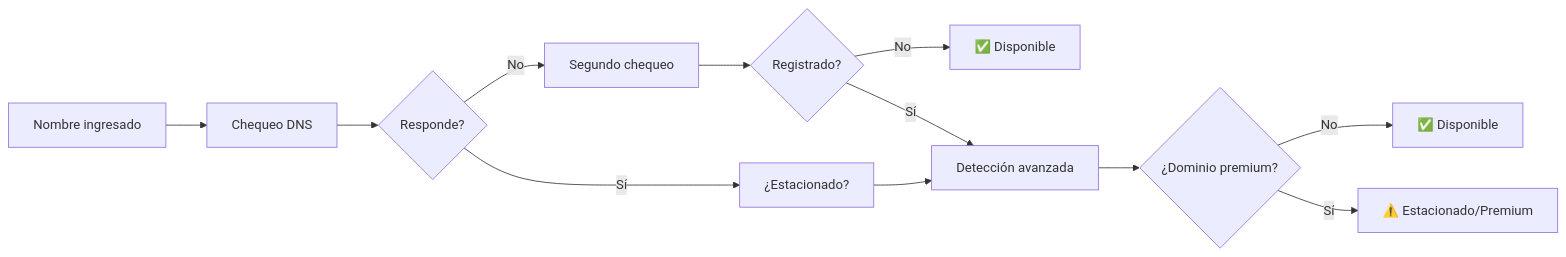
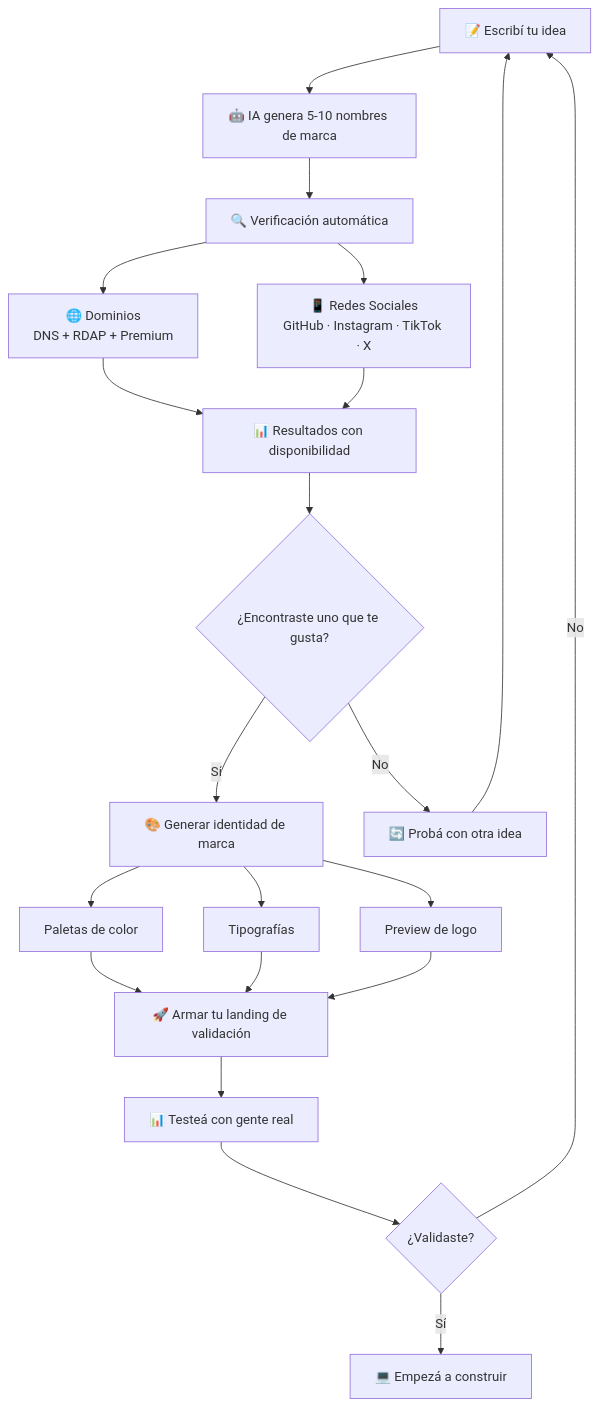
Before and after one commit to NicoTomasin/NicoTomasin: the diagram in src/content/blog/foundercheck-la-herramienta-que-necesitaba.md, drawn with Mermaid. The commit also changed other lines of this file, not shown here.

````diff
--- a/src/content/blog/foundercheck-la-herramienta-que-necesitaba.md
+++ b/src/content/blog/foundercheck-la-herramienta-que-necesitaba.md
@@ -33,14 +106,23 @@
 ```mermaid
-flowchart LR
-    A[Nombre ingresado] --> B[Chequeo DNS]
-    B --> C{Responde?}
-    C -->|No| D[Segundo chequeo]
-    C -->|Sí| E[¿Estacionado?]
-    D --> F{Registrado?}
-    F -->|No| G[✅ Disponible]
-    F -->|Sí| H[Detección avanzada]
-    E --> H
-    H --> I{¿Dominio premium?}
-    I -->|No| J[✅ Disponible]
-    I -->|Sí| K[⚠️ Estacionado/Premium]
+flowchart TD
+    A["📝 Escribí tu idea"] --> B["🤖 IA genera 5-10 nombres de marca"]
+    B --> C["🔍 Verificación automática"]
+    C --> D1["🌐 Dominios<br/>DNS + RDAP + Premium"]
+    C --> D2["📱 Redes Sociales<br/>GitHub · Instagram · TikTok · X"]
+    D1 --> E["📊 Resultados con disponibilidad"]
+    D2 --> E
+    E --> F{"¿Encontraste uno que te gusta?"}
+    F -->|Sí| G["🎨 Generar identidad de marca"]
+    G --> G1["Paletas de color"]
+    G --> G2["Tipografías"]
+    G --> G3["Preview de logo"]
+    G1 --> H["🚀 Armar tu landing de validación"]
+    G2 --> H
+    G3 --> H
+    F -->|No| I["🔄 Probá con otra idea"]
+    I --> A
+    H --> J["📊 Testeá con gente real"]
+    J --> K{"¿Validaste?"}
+    K -->|Sí| L["💻 Empezá a construir"]
+    K -->|No| A
 ```
````
